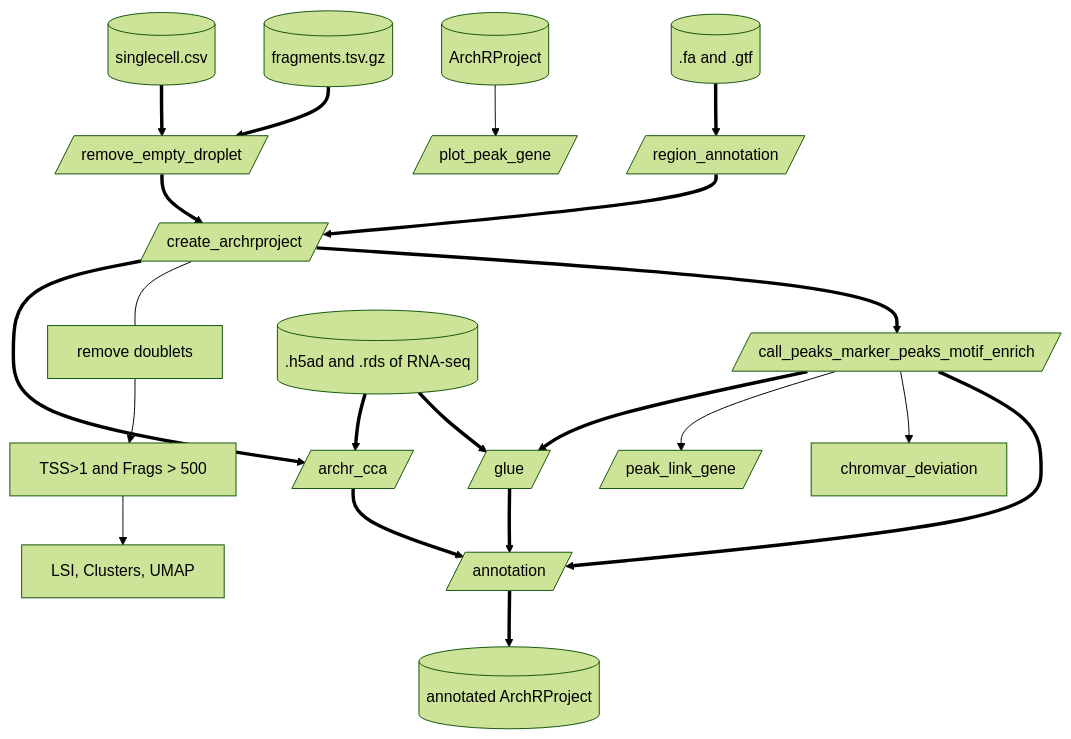
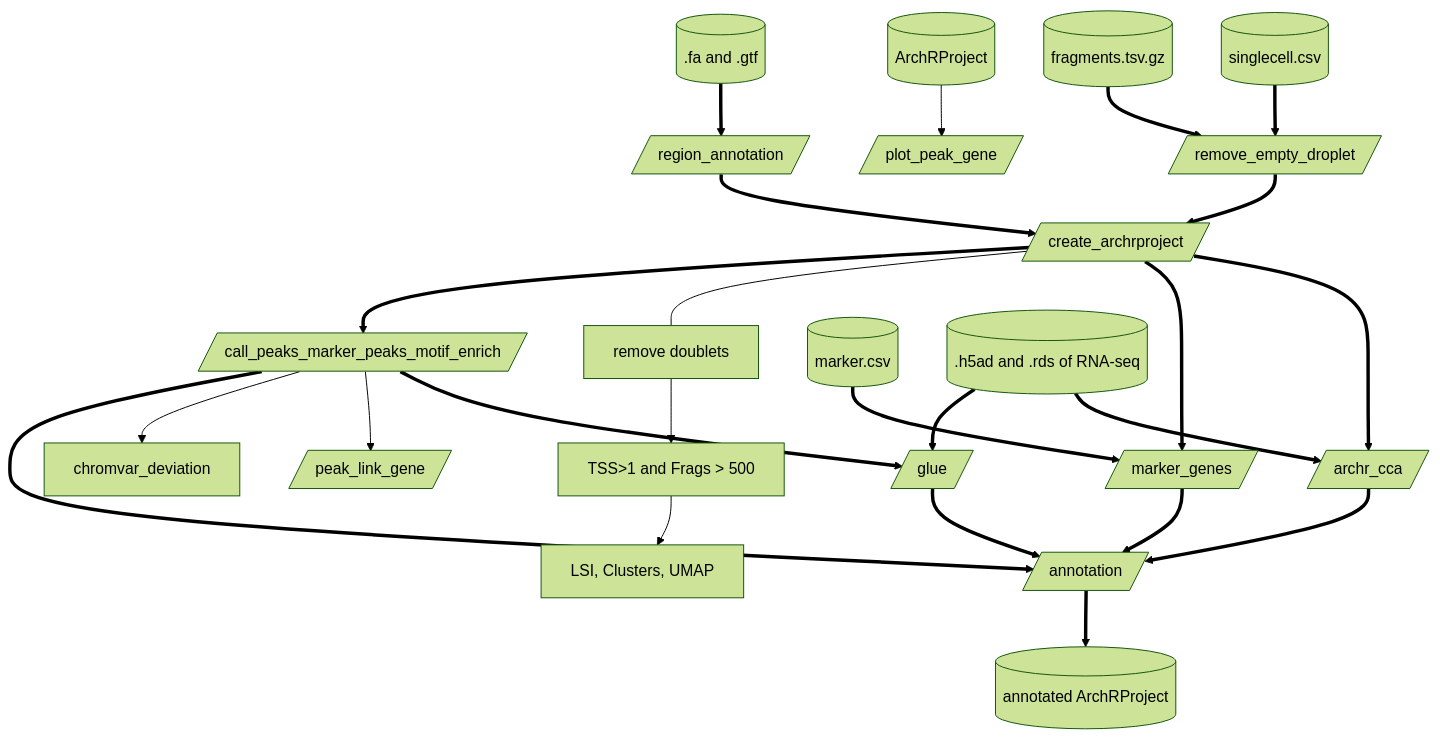
The first of 2 diagrams in SOFTWARE/ArchR/NOTEs/NOTE-archr/README.md (ydgenomics/omics4plant), drawn with Mermaid (forest theme) before and after one commit. The commit also changed 1 other file, not shown here.

Commit message:
update archR

````diff
--- a/SOFTWARE/ArchR/NOTEs/NOTE-archr/README.md
+++ b/SOFTWARE/ArchR/NOTEs/NOTE-archr/README.md
@@ -20,15 +20,17 @@
 ```mermaid
 flowchart TB
 0[(.fa and .gtf)] ==> 0.1[/region_annotation/]==>3
 1[(fragments.tsv.gz)] ==> 2[/remove_empty_droplet/] ==> 3[/create_archrproject/] ==> 4[/call_peaks_marker_peaks_motif_enrich/] ==> 10[/annotation/]
 1.1[(singlecell.csv)] ==> 2
 3 --- 3.1[remove doublets] --> 3.2[TSS>1 and Frags > 500] --> 3.3[LSI, Clusters, UMAP]
 4 --> 4.1[chromvar_deviation]
 4 --> 5[/peak_link_gene/]
+02.1[(marker.csv)] ==> 12
+3 ==> 12[/marker_genes/] ==> 10
 4 ==> 8[/glue/] ==> 10
 02[(.h5ad and .rds of RNA-seq)] ==> 8
 3 ==> 9[/archr_cca/] ==> 10
 02 ==> 9
 10 ==> 11[(annotated ArchRProject)]
 6[(ArchRProject)] --> 7[/plot_peak_gene/]
 ```
````
